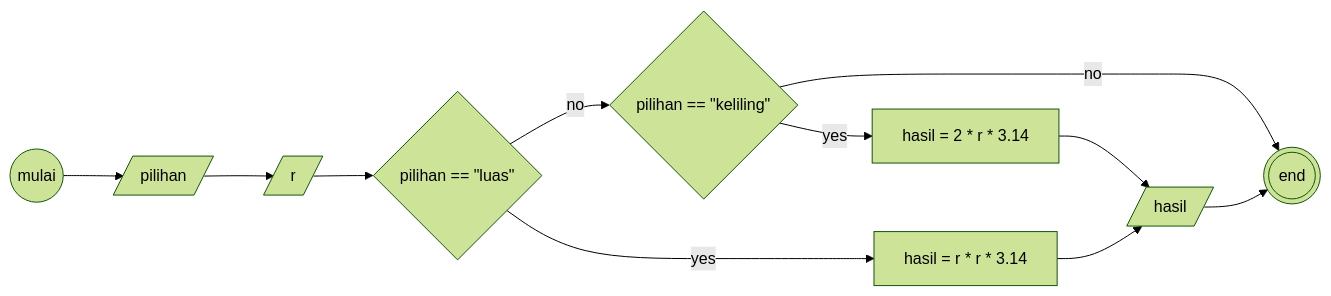
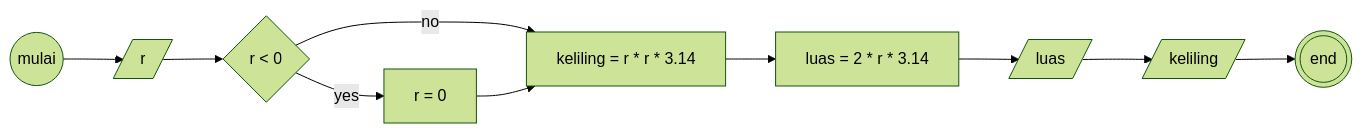
Before and after one commit to daberpro/koda-b10-javascript1: the diagram in README.md, drawn with Mermaid (forest theme).

````diff
--- a/README.md
+++ b/README.md
@@ -1,25 +1,25 @@
 ```mermaid
 
 flowchart LR
     Start((mulai))
     R[/r/]
-    Pilihan[/pilihan/]
-    CekPilihanLuas{"pilihan == #quot;luas#quot;"}
-    CekPilihanKeliling{"pilihan == #quot;keliling#quot;"}
-    HitungLuas[hasil = r * r * 3.14]
-    HitungKeliling[hasil = 2 * r * 3.14]
-    CetakHasil[/hasil/]
+    CekApakahNegatif{r < 0}
+    HitungLuas[keliling = r * r * 3.14]
+    HitungKeliling[luas = 2 * r * 3.14]
+    CetakKeliling[/keliling/]
+    CetakLuas[/luas/]
+    SetRNol[r = 0]
     End(((end)))
 
-    Start --> Pilihan
-    Pilihan --> R
-    R --> CekPilihanLuas
-    CekPilihanLuas --> |yes| HitungLuas
-    CekPilihanLuas --> |no| CekPilihanKeliling
-    CekPilihanKeliling --> |yes| HitungKeliling
-    CekPilihanKeliling --> |no| End
-    HitungKeliling --> CetakHasil
-    HitungLuas --> CetakHasil
-    CetakHasil --> End
-    
+    Start --> R 
+    R --> CekApakahNegatif
+    CekApakahNegatif --> |yes| SetRNol
+    CekApakahNegatif --> |no| HitungLuas
+    HitungLuas --> HitungKeliling
+    SetRNol --> HitungLuas
+    HitungKeliling --> CetakLuas 
+    CetakLuas --> CetakKeliling
+    CetakKeliling --> End
+
+
 ```
````
